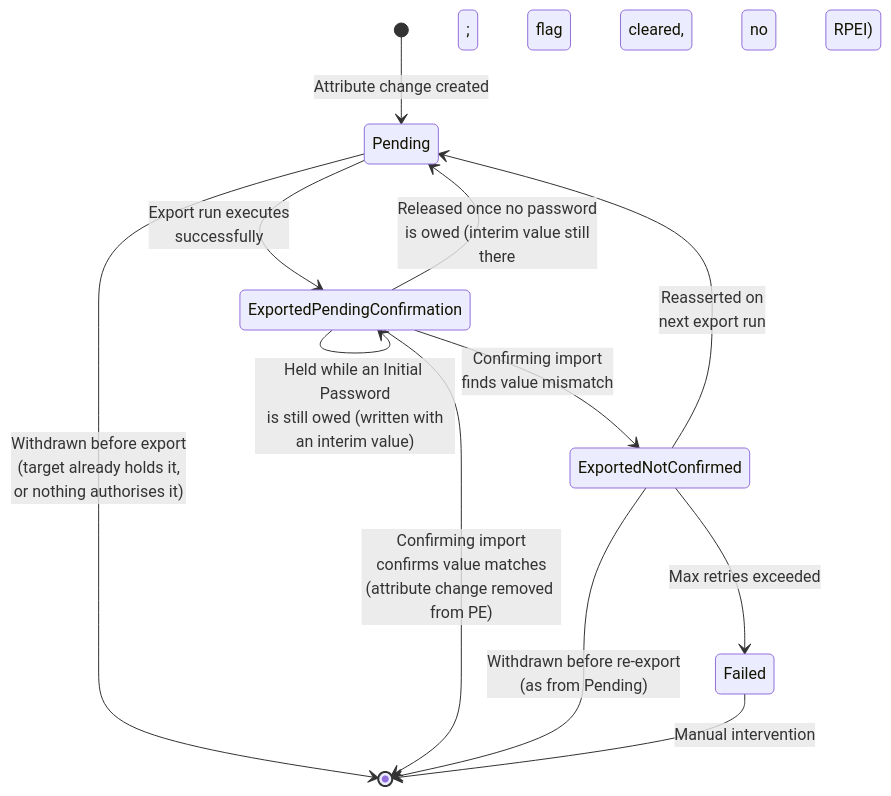
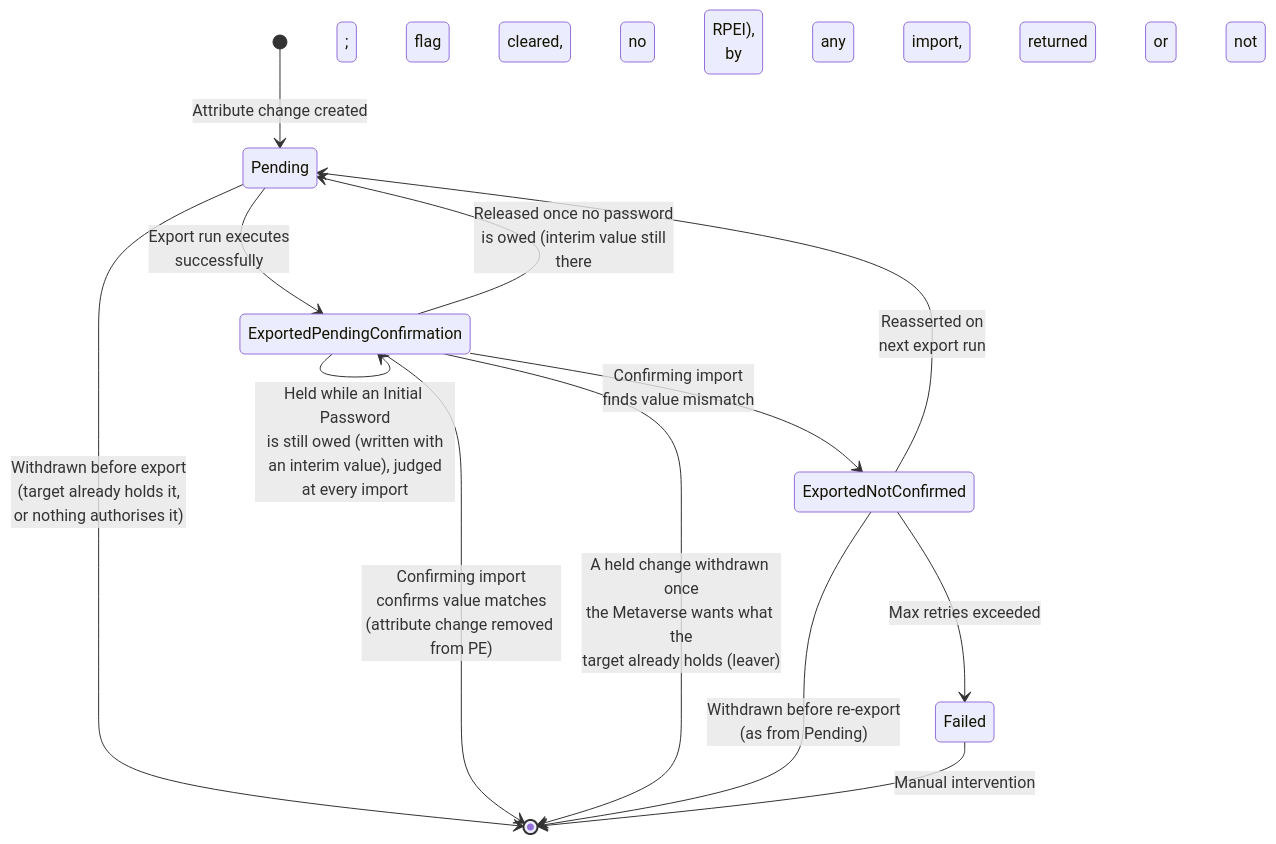
One commit to TetronIO/JIM changed the third of 5 diagrams in docs/developer/diagrams/PENDING_EXPORT_LIFECYCLE.md. Above: the diagram before and after it, drawn with Mermaid. The commit also changed other lines of this file and 4 other files, not shown here.

First line of the commit message:
docs(#2039): describe the hold as judged at every import, and the new guards

````diff
--- a/docs/developer/diagrams/PENDING_EXPORT_LIFECYCLE.md
+++ b/docs/developer/diagrams/PENDING_EXPORT_LIFECYCLE.md
@@ -142,24 +142,26 @@
 ```mermaid
 stateDiagram-v2
     [*] --> Pending: Attribute change created
 
     Pending --> [*]: Withdrawn before export<br/>(target already holds it,<br/>or nothing authorises it)
 
     Pending --> ExportedPendingConfirmation: Export run executes<br/>successfully
 
     ExportedPendingConfirmation --> [*]: Confirming import<br/>confirms value matches<br/>(attribute change removed from PE)
 
     ExportedPendingConfirmation --> ExportedNotConfirmed: Confirming import<br/>finds value mismatch
 
-    ExportedPendingConfirmation --> ExportedPendingConfirmation: Held while an Initial Password<br/>is still owed (written with<br/>an interim value)
+    ExportedPendingConfirmation --> ExportedPendingConfirmation: Held while an Initial Password<br/>is still owed (written with<br/>an interim value), judged<br/>at every import
 
-    ExportedPendingConfirmation --> Pending: Released once no password<br/>is owed (interim value still<br/>there; flag cleared, no RPEI)
+    ExportedPendingConfirmation --> Pending: Released once no password<br/>is owed (interim value still<br/>there; flag cleared, no RPEI),<br/>by any import, returned or not
+
+    ExportedPendingConfirmation --> [*]: A held change withdrawn once<br/>the Metaverse wants what the<br/>target already holds (leaver)
 
     ExportedNotConfirmed --> Pending: Reasserted on<br/>next export run
 
     ExportedNotConfirmed --> Failed: Max retries exceeded
 
     ExportedNotConfirmed --> [*]: Withdrawn before re-export<br/>(as from Pending)
 
     Failed --> [*]: Manual intervention
 ```
````
